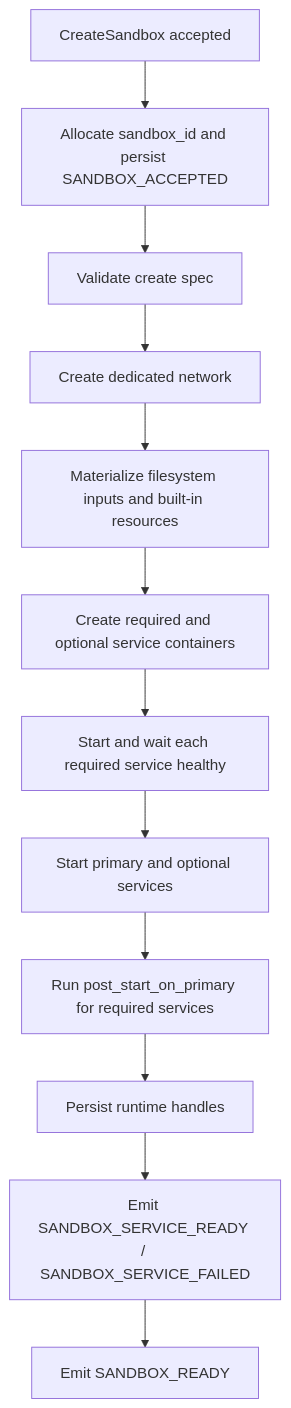
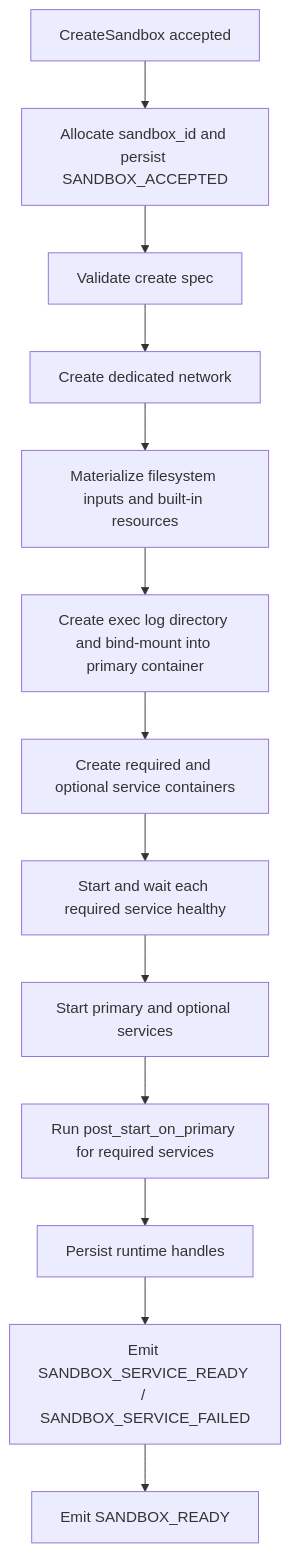
Before and after one commit to 1996fanrui/agents-sandbox: the second of 5 diagrams in docs/sandbox_container_lifecycle.md, drawn with Mermaid. The commit also changed other lines of this file and 21 other files, not shown here.

First line of the commit message:
[ISSUE-40] Add container-side exec output redirection via bind-mount

````diff
--- a/docs/sandbox_container_lifecycle.md
+++ b/docs/sandbox_container_lifecycle.md
@@ -93,14 +94,15 @@
 ```mermaid
 flowchart TB
     A[CreateSandbox accepted] --> B[Allocate sandbox_id and persist SANDBOX_ACCEPTED]
     B --> C[Validate create spec]
     C --> D[Create dedicated network]
     D --> E[Materialize filesystem inputs and built-in resources]
-    E --> F[Create required and optional service containers]
+    E --> E1[Create exec log directory and bind-mount into primary container]
+    E1 --> F[Create required and optional service containers]
     F --> G[Start and wait each required service healthy]
     G --> H[Start primary and optional services]
     H --> I[Run post_start_on_primary for required services]
     I --> J[Persist runtime handles]
     J --> K[Emit SANDBOX_SERVICE_READY / SANDBOX_SERVICE_FAILED]
     K --> L[Emit SANDBOX_READY]
 ```
````
